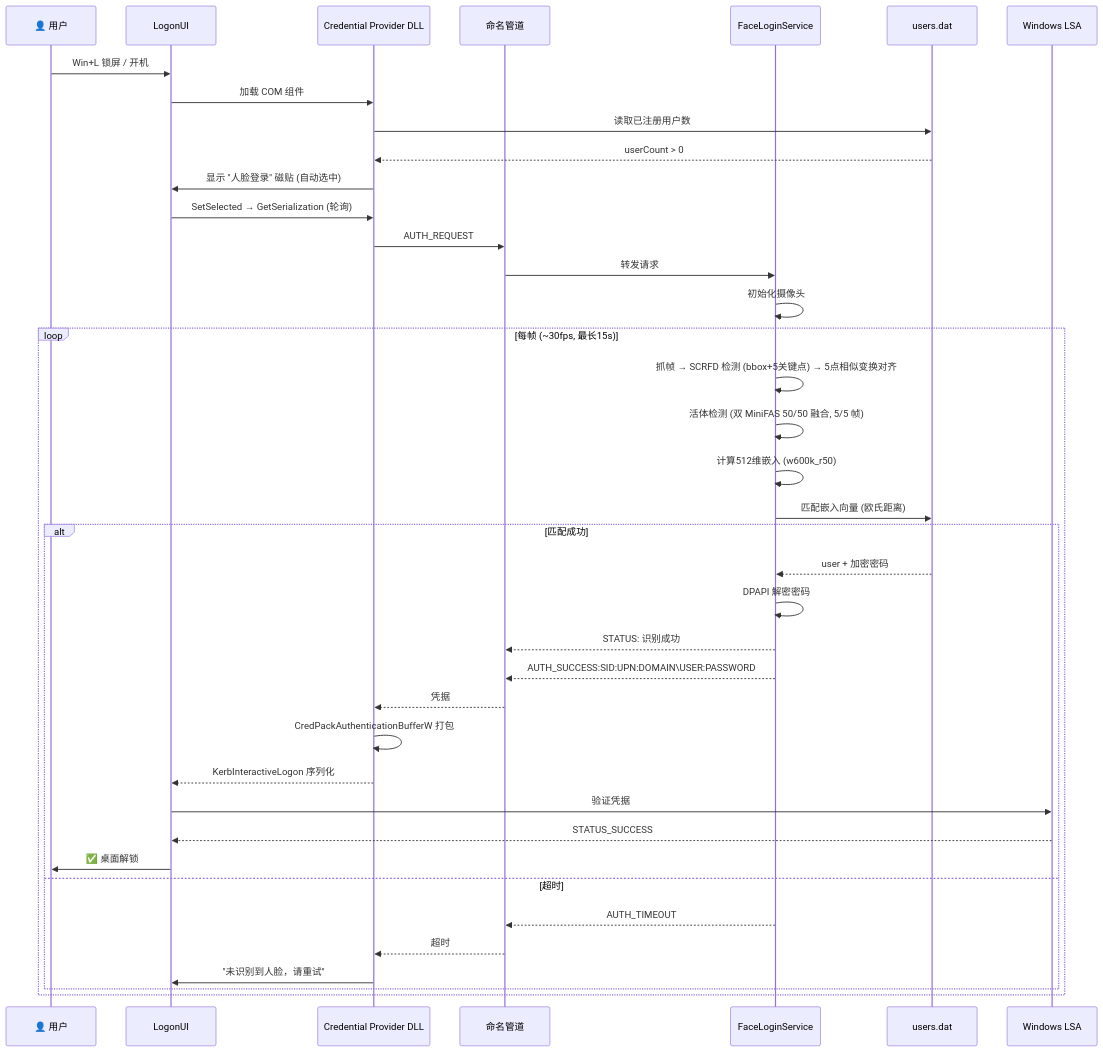
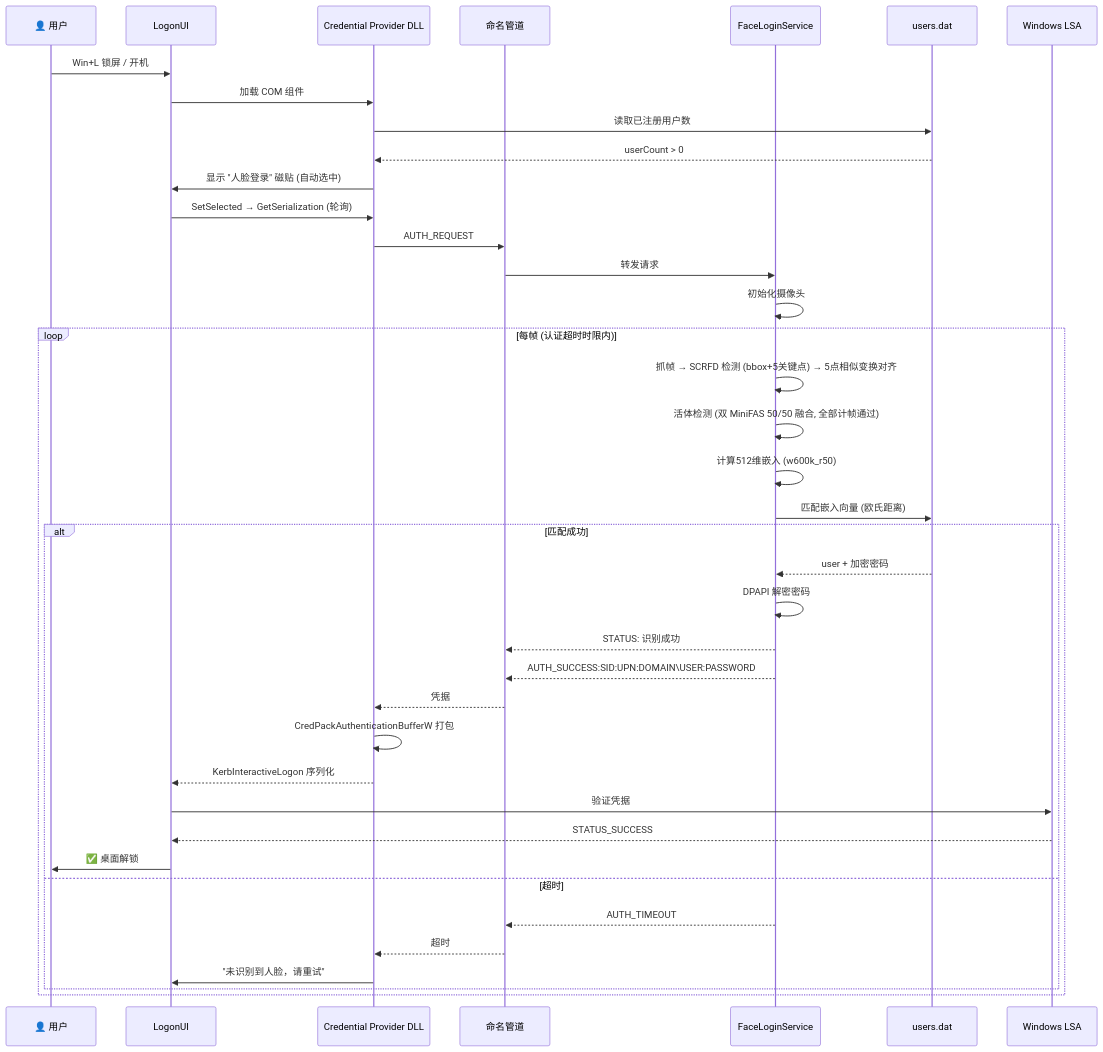
Before and after one commit to Link2323/LockFace: the second of 3 diagrams in DEVELOPMENT.md, drawn with Mermaid. The commit also changed other lines of this file, not shown here.

````diff
--- a/DEVELOPMENT.md
+++ b/DEVELOPMENT.md
@@ -163,42 +138,42 @@
 ```mermaid
 sequenceDiagram
     participant User as 👤 用户
     participant LogonUI as LogonUI
     participant CP as Credential Provider DLL
     participant Pipe as 命名管道
     participant Svc as FaceLoginService
     participant DB as users.dat
     participant LSA as Windows LSA
 
     User->>LogonUI: Win+L 锁屏 / 开机
     LogonUI->>CP: 加载 COM 组件
     CP->>DB: 读取已注册用户数
     DB-->>CP: userCount > 0
     CP->>LogonUI: 显示 "人脸登录" 磁贴 (自动选中)
     LogonUI->>CP: SetSelected → GetSerialization (轮询)
     CP->>Pipe: AUTH_REQUEST
     Pipe->>Svc: 转发请求
     Svc->>Svc: 初始化摄像头
-    loop 每帧 (~30fps, 最长15s)
+    loop 每帧 (认证超时时限内)
         Svc->>Svc: 抓帧 → SCRFD 检测 (bbox+5关键点) → 5点相似变换对齐
-        Svc->>Svc: 活体检测 (双 MiniFAS 50/50 融合, 5/5 帧)
+        Svc->>Svc: 活体检测 (双 MiniFAS 50/50 融合, 全部计帧通过)
         Svc->>Svc: 计算512维嵌入 (w600k_r50)
         Svc->>DB: 匹配嵌入向量 (欧氏距离)
         alt 匹配成功
             DB-->>Svc: user + 加密密码
             Svc->>Svc: DPAPI 解密密码
             Svc-->>Pipe: STATUS: 识别成功
             Svc-->>Pipe: AUTH_SUCCESS:SID:UPN:DOMAIN\USER:PASSWORD
             Pipe-->>CP: 凭据
             CP->>CP: CredPackAuthenticationBufferW 打包
             CP-->>LogonUI: KerbInteractiveLogon 序列化
             LogonUI->>LSA: 验证凭据
             LSA-->>LogonUI: STATUS_SUCCESS
             LogonUI->>User: ✅ 桌面解锁
         else 超时
             Svc-->>Pipe: AUTH_TIMEOUT
             Pipe-->>CP: 超时
             CP->>LogonUI: "未识别到人脸，请重试"
         end
     end
 ```
````
